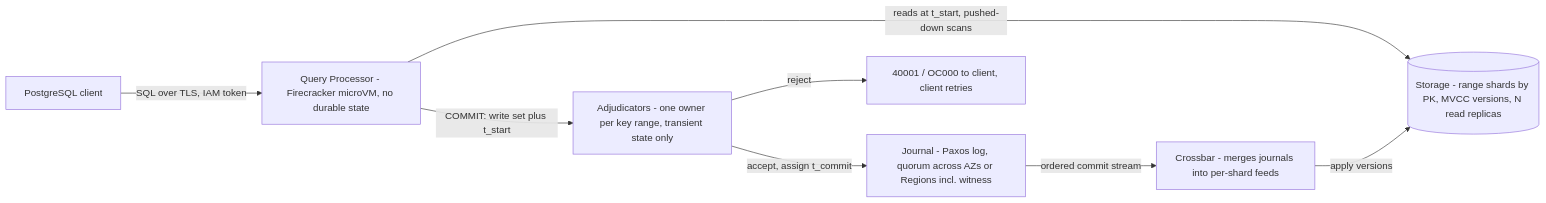
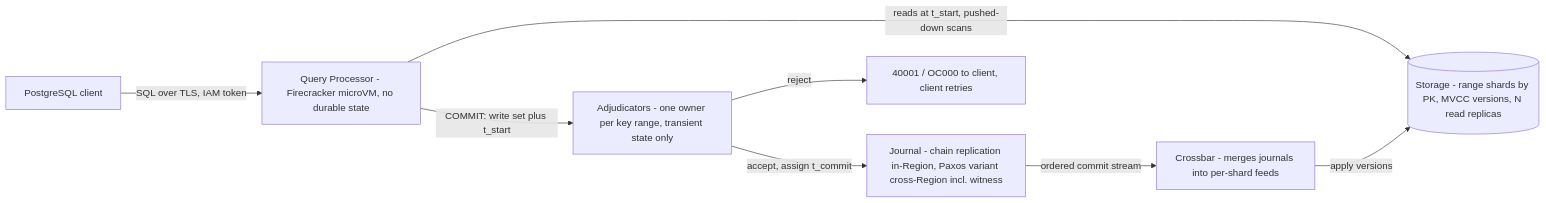
Before and after one commit to shreejitverma/SDE-Interview-Prep: the diagram in 17-Cloud-AI-Engineering/Volume_02_AWS_Deep_Dive/Chapter_12_Aurora_DSQL_Multi_Region_Active_Active_SQL.md, drawn with Mermaid. The commit also changed other lines of this file and 143 other files, not shown here.

````diff
--- a/17-Cloud-AI-Engineering/Volume_02_AWS_Deep_Dive/Chapter_12_Aurora_DSQL_Multi_Region_Active_Active_SQL.md
+++ b/17-Cloud-AI-Engineering/Volume_02_AWS_Deep_Dive/Chapter_12_Aurora_DSQL_Multi_Region_Active_Active_SQL.md
@@ -37,10 +61,10 @@
 ```mermaid
 flowchart LR
   C[PostgreSQL client] -->|SQL over TLS, IAM token| QP[Query Processor - Firecracker microVM, no durable state]
   QP -->|reads at t_start, pushed-down scans| ST[(Storage - range shards by PK, MVCC versions, N read replicas)]
   QP -->|COMMIT: write set plus t_start| ADJ[Adjudicators - one owner per key range, transient state only]
-  ADJ -->|accept, assign t_commit| J[Journal - Paxos log, quorum across AZs or Regions incl. witness]
+  ADJ -->|accept, assign t_commit| J[Journal - chain replication in-Region, Paxos variant cross-Region incl. witness]
   J -->|ordered commit stream| X[Crossbar - merges journals into per-shard feeds]
   X -->|apply versions| ST
   ADJ -->|reject| E[40001 / OC000 to client, client retries]
 ```
````
